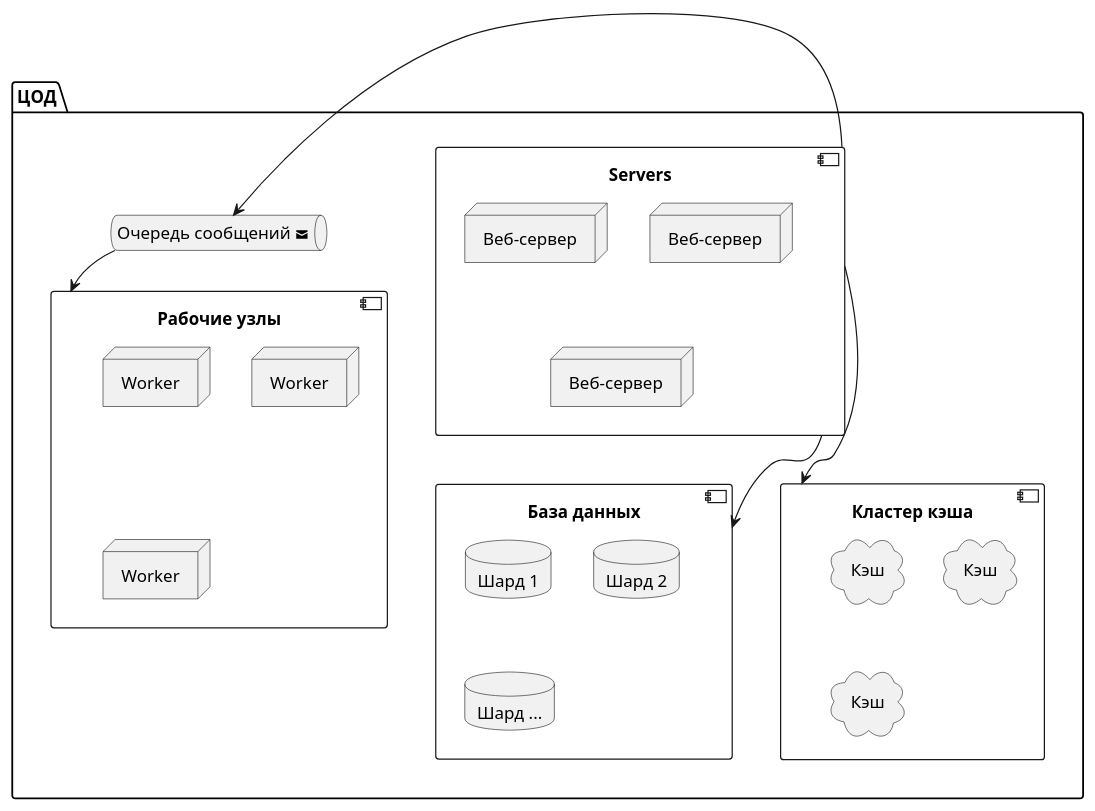
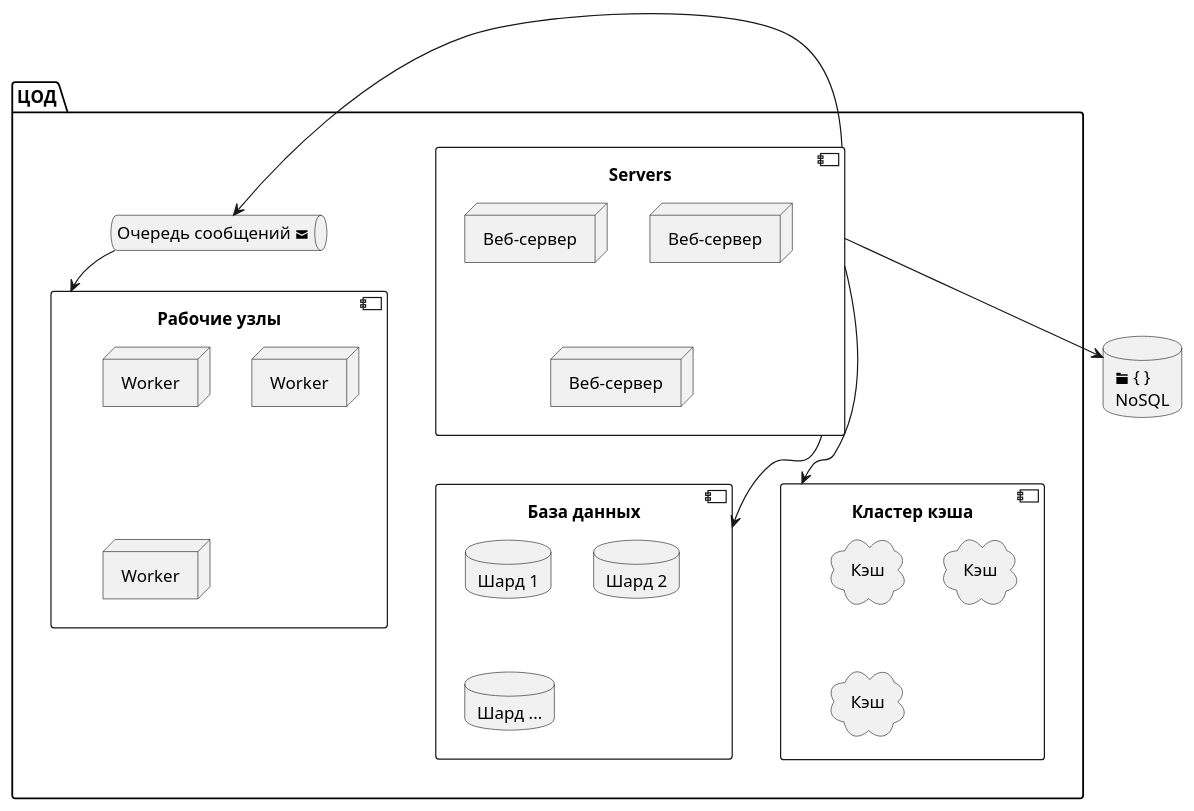
Before and after one commit to NEROTEX-Team/fic-ideaton-2024: the diagram in datacenter.puml, drawn with PlantUML. The commit also changed 1 other file, not shown here.

```diff
--- a/datacenter.puml
+++ b/datacenter.puml
@@ -1,30 +1,33 @@
 @startuml datacenter architecture
 package "ЦОД" {
     component "Servers" as servers {
         node "Веб-сервер" as server1
         node "Веб-сервер" as server2
         node "Веб-сервер" as server3
     }
     queue "Очередь сообщений <&envelope-closed>" as q
     component "Рабочие узлы" as workers {
         node "Worker" as worker1
         node "Worker" as worker2
         node "Worker" as worker3
     }
     component "База данных" as databases {
         database "Шард 1" as db1
         database "Шард 2" as db2
         database "Шард ..." as dbn
     }
     component "Кластер кэша" as caches {
         cloud "Кэш" as cache1
         cloud "Кэш" as cache2
         cloud "Кэш" as cache3
     }
     servers -> q
     q --> workers
     servers --> databases
     servers --> caches
 }
 
+database "<&folder> { }\nNoSQL" as nosql
+servers --> nosql
+
 @enduml
```
